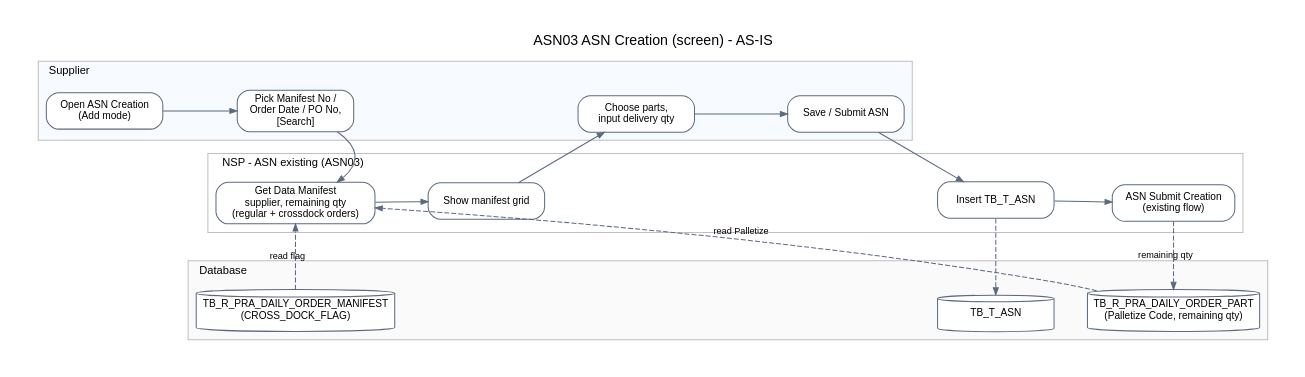
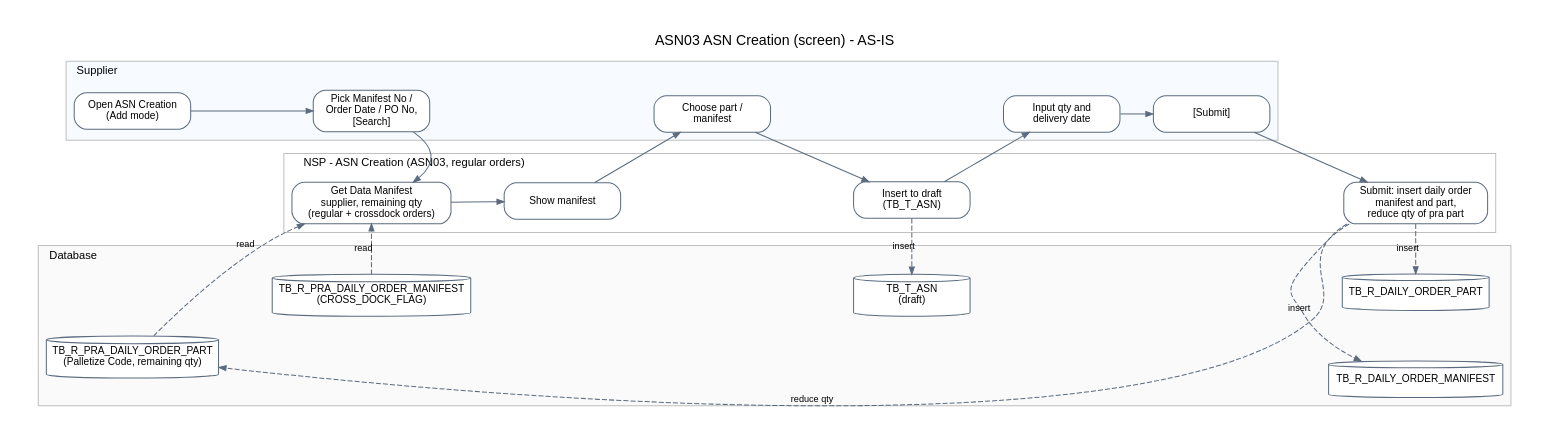
Before and after one commit to ivanrayhannn/crossdockpoc: the diagram in deliverables/asn_existing/flow_img/asn03_as_is.dot, drawn with Graphviz. The commit also changed 13 other files, not shown here.

First line of the commit message:
ASN03 / ASN04 business flow: draft -> qty and delivery date -> Submit (daily order manifest / part, pra part qty); crossdock ASN on another screen

```diff
--- a/deliverables/asn_existing/flow_img/asn03_as_is.dot
+++ b/deliverables/asn_existing/flow_img/asn03_as_is.dot
@@ -1,28 +1,33 @@
 digraph G {
   graph [rankdir=LR, fontname="Helvetica", fontsize=11, nodesep=0.35, ranksep=0.45, pad=0.3, newrank=true, label="ASN03 ASN Creation (screen) - AS-IS", labelloc=t, fontsize=14];
   node [shape=box, style="rounded,filled", fillcolor="#FFFFFF", color="#5B6B7F", fontname="Helvetica", fontsize=10, margin="0.12,0.06", width=1.6];
   edge [color="#5B6B7F", fontname="Helvetica", fontsize=9, arrowsize=0.7];
   subgraph cluster_sup { label="Supplier"; style="filled"; fillcolor="#F7FBFF"; color="#BFBFBF"; fontsize=11; labeljust=l;
     s1 [label="Open ASN Creation\n(Add mode)"];
     s2 [label="Pick Manifest No /\nOrder Date / PO No,\n[Search]"];
-    s3 [label="Choose parts,\ninput delivery qty"];
-    s4 [label="Save / Submit ASN"];
+    s3 [label="Choose part /\nmanifest"];
+    s4 [label="Input qty and\ndelivery date"];
+    s5 [label="[Submit]"];
   }
-  subgraph cluster_nsp { label="NSP - ASN existing (ASN03)"; style="filled"; fillcolor="#FFFFFF"; color="#BFBFBF"; fontsize=11; labeljust=l;
+  subgraph cluster_nsp { label="NSP - ASN Creation (ASN03, regular orders)"; style="filled"; fillcolor="#FFFFFF"; color="#BFBFBF"; fontsize=11; labeljust=l;
     n2 [label="Get Data Manifest\nsupplier, remaining qty\n(regular + crossdock orders)"];
-    n3 [label="Show manifest grid"];
-    n4 [label="Insert TB_T_ASN"];
-    n5 [label="ASN Submit Creation\n(existing flow)"];
+    n3 [label="Show manifest"];
+    n4 [label="Insert to draft\n(TB_T_ASN)"];
+    n5 [label="Submit: insert daily order\nmanifest and part,\nreduce qty of pra part"];
   }
   subgraph cluster_db { label="Database"; style="filled"; fillcolor="#FAFAFA"; color="#BFBFBF"; fontsize=11; labeljust=l;
     db_pm [shape=cylinder, label="TB_R_PRA_DAILY_ORDER_MANIFEST\n(CROSS_DOCK_FLAG)"];
     db_pp [shape=cylinder, label="TB_R_PRA_DAILY_ORDER_PART\n(Palletize Code, remaining qty)"];
-    db_asn [shape=cylinder, label="TB_T_ASN"];
+    db_asn [shape=cylinder, label="TB_T_ASN\n(draft)"];
+    db_dm [shape=cylinder, label="TB_R_DAILY_ORDER_MANIFEST"];
+    db_dp [shape=cylinder, label="TB_R_DAILY_ORDER_PART"];
   }
-  s1 -> s2 -> n2 -> n3 -> s3 -> s4 -> n4 -> n5;
-  db_pm -> n2 [style=dashed, label="read flag", constraint=false]; db_pp -> n2 [style=dashed, label="read Palletize", constraint=false];
-  n4 -> db_asn [style=dashed, constraint=false]; n5 -> db_pp [style=dashed, label="remaining qty", constraint=false];
+  s1 -> s2 -> n2 -> n3 -> s3 -> n4 -> s4 -> s5 -> n5;
+  db_pm -> n2 [style=dashed, label="read", constraint=false]; db_pp -> n2 [style=dashed, label="read", constraint=false];
+  n4 -> db_asn [style=dashed, label="insert", constraint=false];
+  n5 -> db_dm [style=dashed, label="insert", constraint=false]; n5 -> db_dp [style=dashed, label="insert", constraint=false];
+  n5 -> db_pp [style=dashed, label="reduce qty", constraint=false];
   { rank=same; s2; n2; db_pm; } s2 -> n2 [style=invis]; n2 -> db_pm [style=invis];
-  { rank=same; n5; db_pp; } n5 -> db_pp [style=invis];
-  { rank=same; n4; db_asn; }
+  { rank=same; n4; db_asn; } n4 -> db_asn [style=invis];
+  { rank=same; n5; db_dm; db_dp; } n5 -> db_dm [style=invis]; db_dm -> db_dp [style=invis];
 }
```
